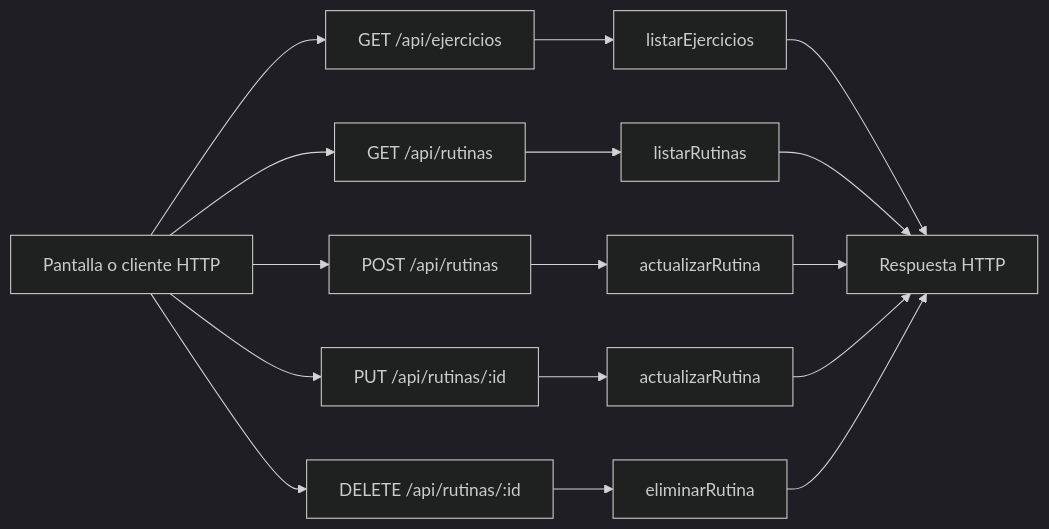
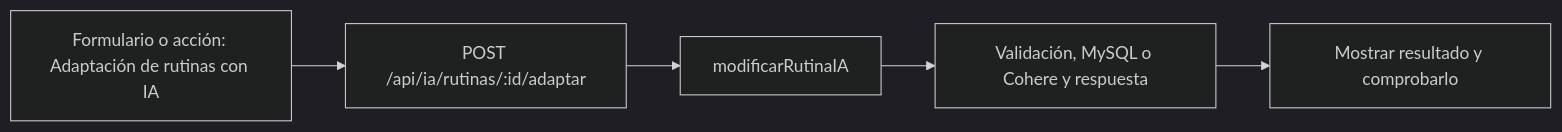
Before and after one commit to tomimeno0/GYM-OS-Preentrega-75: the diagram in guias/08-joaquin-casanou.md, drawn with Mermaid (dark theme). The commit also changed other lines of this file and 12 other files, not shown here.

````diff
--- a/guias/08-joaquin-casanou.md
+++ b/guias/08-joaquin-casanou.md
@@ -19,19 +13,8 @@
 ```mermaid
 flowchart LR
-  P["Pantalla o cliente HTTP"]
-  P --> E0["GET /api/ejercicios"]
-  E0 --> F0["listarEjercicios"]
-  F0 --> R["Respuesta HTTP"]
-  P --> E1["GET /api/rutinas"]
-  E1 --> F1["listarRutinas"]
-  F1 --> R["Respuesta HTTP"]
-  P --> E2["POST /api/rutinas"]
-  E2 --> F2["actualizarRutina"]
-  F2 --> R["Respuesta HTTP"]
-  P --> E3["PUT /api/rutinas/:id"]
-  E3 --> F3["actualizarRutina"]
-  F3 --> R["Respuesta HTTP"]
-  P --> E4["DELETE /api/rutinas/:id"]
-  E4 --> F4["eliminarRutina"]
-  F4 --> R["Respuesta HTTP"]
+  U["Formulario o acción: Adaptación de rutinas con IA"]
+  U --> E0["POST /api/ia/rutinas/:id/adaptar"]
+  E0 --> H0["modificarRutinaIA"]
+  H0 --> R["Validación, MySQL o Cohere y respuesta"]
+  R --> C["Mostrar resultado y comprobarlo"]
 ```
````
